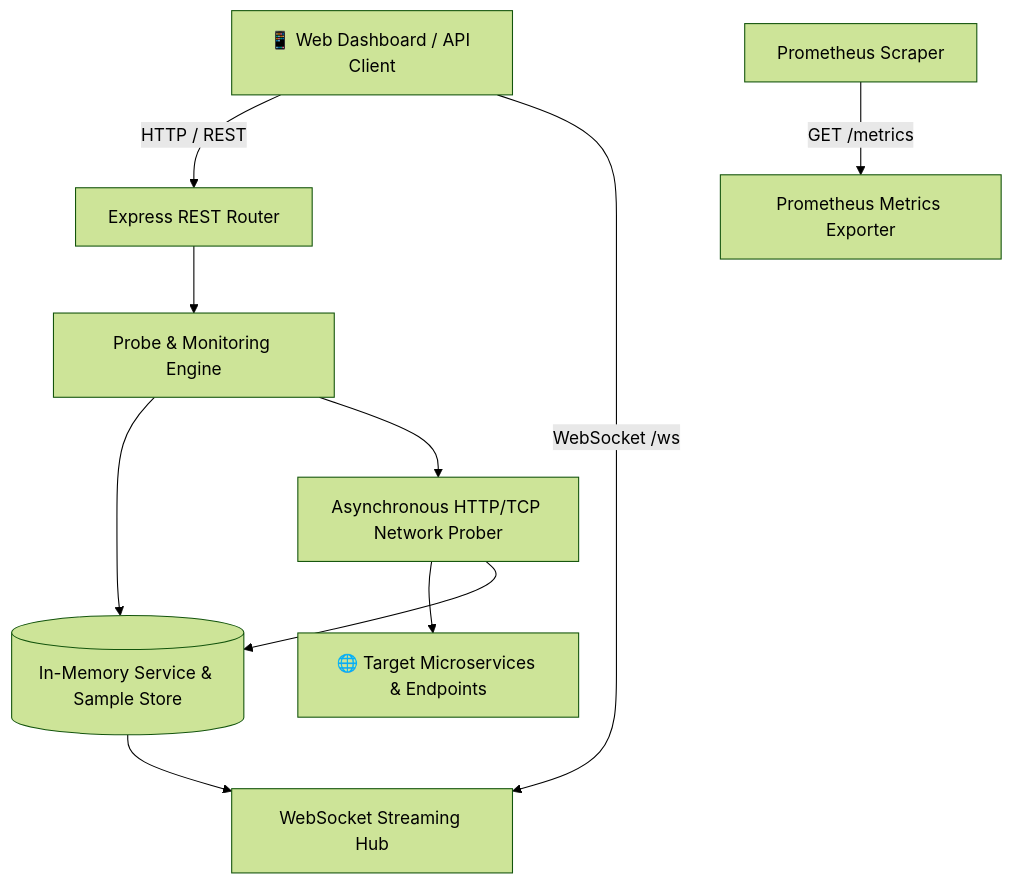
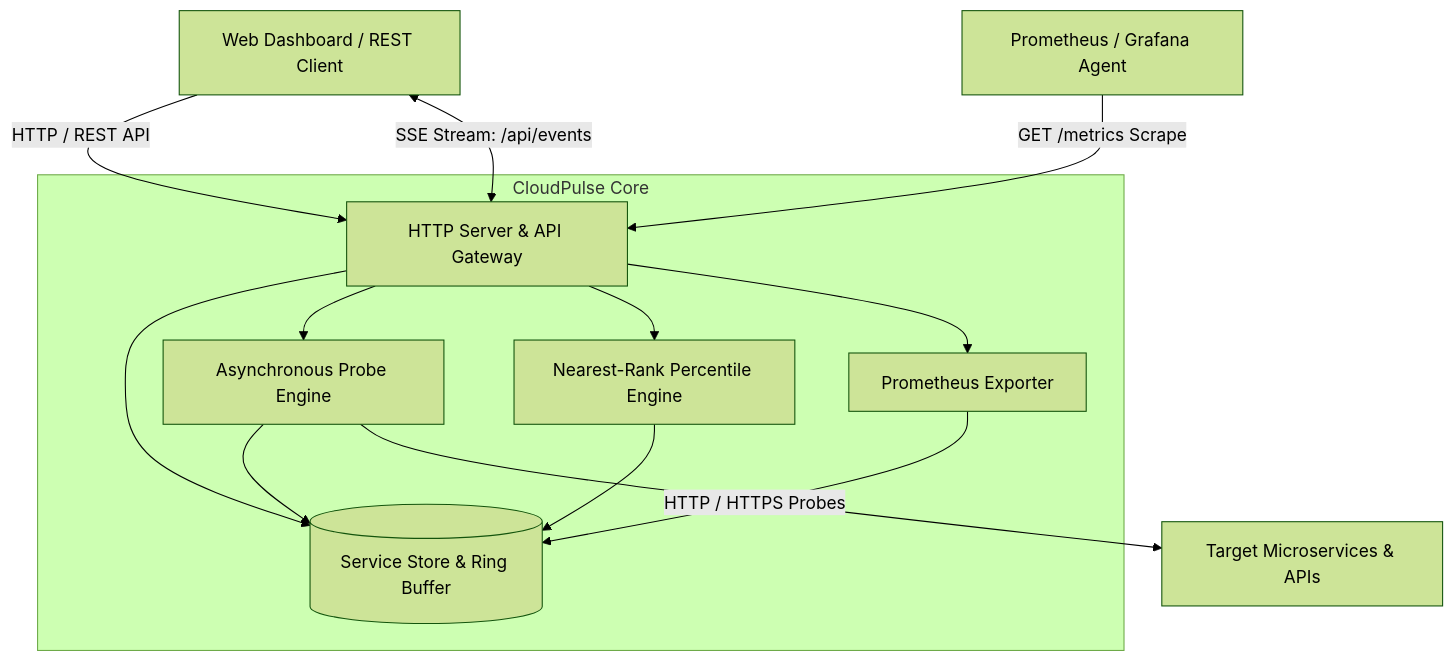
One commit to alinurettin/CloudPulse-API changed the first of 2 diagrams in artifacts/ARCHITECTURE.md. Above: the diagram before and after it, drawn with Mermaid (forest theme). The commit also changed other lines of this file and 13 other files, not shown here.

Commit message:
feat: upgrade CloudPulse-API to v2.0.0 enterprise microservice observability with 25 non-mocked tests

````diff
--- a/artifacts/ARCHITECTURE.md
+++ b/artifacts/ARCHITECTURE.md
@@ -12,14 +13,19 @@
 ```mermaid
 flowchart TD
-    Client[📱 Web Dashboard / API Client] -->|HTTP / REST| API[Express REST Router]
-    Client -->|WebSocket /ws| WSHub[WebSocket Streaming Hub]
-    Prom[Prometheus Scraper] -->|GET /metrics| Exporter[Prometheus Metrics Exporter]
+    Client[Web Dashboard / REST Client] -->|HTTP / REST API| Server[HTTP Server & API Gateway]
+    Prometheus[Prometheus / Grafana Agent] -->|GET /metrics Scrape| Server
+    Client <-->|SSE Stream: /api/events| Server
     
-    API --> Engine[Probe & Monitoring Engine]
-    Engine --> Store[(In-Memory Service & Sample Store)]
-    Engine --> NetProbe[Asynchronous HTTP/TCP Network Prober]
+    subgraph Core Engine [CloudPulse Core]
+        Server --> Store[(Service Store & Ring Buffer)]
+        Server --> ProbeEngine[Asynchronous Probe Engine]
+        Server --> StatsEngine[Nearest-Rank Percentile Engine]
+        Server --> PromExporter[Prometheus Exporter]
+        
+        ProbeEngine --> Store
+        StatsEngine --> Store
+        PromExporter --> Store
+    end
     
-    NetProbe --> ExtServices[🌐 Target Microservices & Endpoints]
-    NetProbe --> Store
-    Store --> WSHub
+    ProbeEngine -->|HTTP / HTTPS Probes| ExtServices[Target Microservices & APIs]
 ```
````
